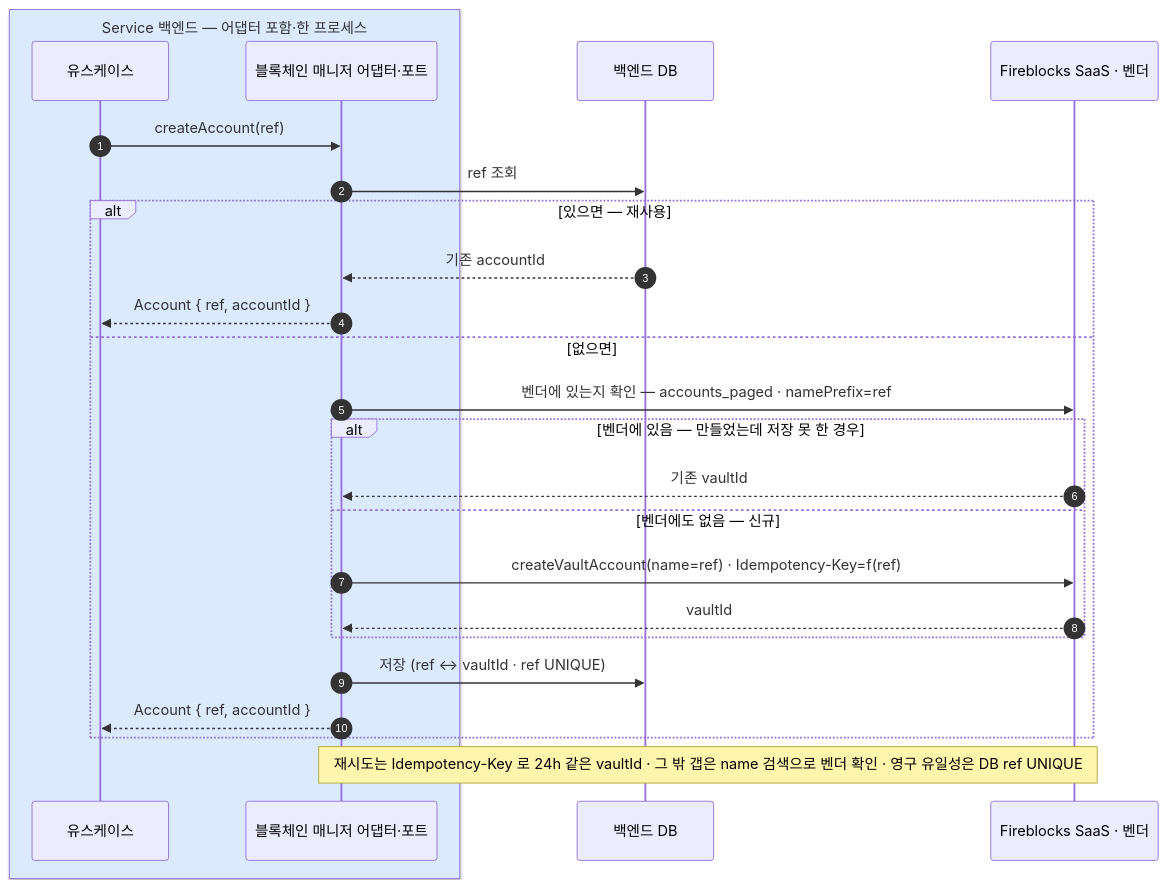
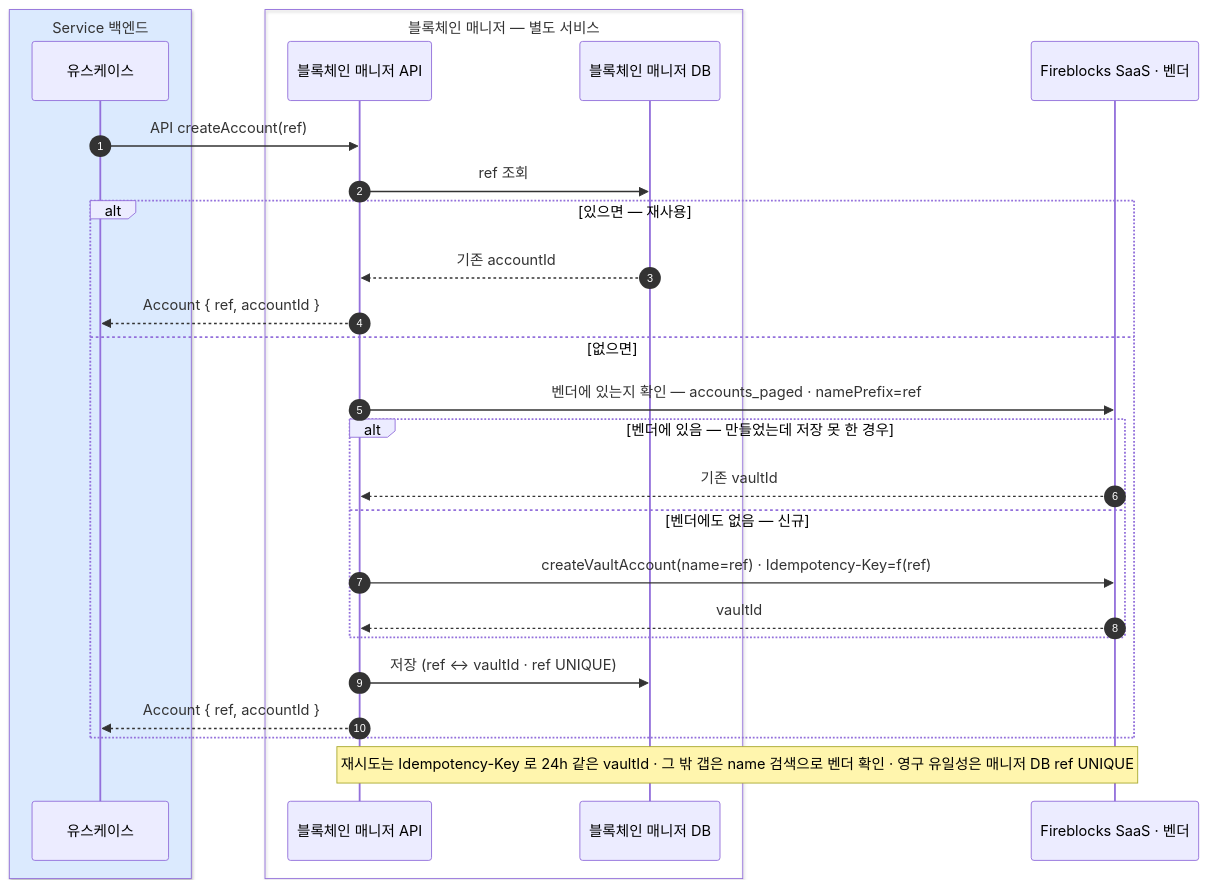
One commit to eunsujeo/eunpus changed the diagram in blockchain-manager/docs/설계/01-create-account.md. Above: the diagram before and after it, drawn with Mermaid. The commit also changed other lines of this file and 10 other files, not shown here.

First line of the commit message:
칸반 문서: 아키텍처 경계 전면 전환 — 포트/어댑터 → 매니저 API + 웹소켓

````diff
--- a/blockchain-manager/docs/설계/01-create-account.md
+++ b/blockchain-manager/docs/설계/01-create-account.md
@@ -21,28 +21,30 @@
 ```mermaid
 sequenceDiagram
     autonumber
-    box rgb(219,234,254) Service 백엔드 — 어댑터 포함·한 프로세스
+    box rgb(219,234,254) Service 백엔드
     participant BE as 유스케이스
-    participant FBI as 블록체인 매니저 어댑터·포트
     end
-    participant BDB as 백엔드 DB
+    box 블록체인 매니저 — 별도 서비스
+    participant BM as 블록체인 매니저 API
+    participant MDB as 블록체인 매니저 DB
+    end
     participant FB as Fireblocks SaaS · 벤더
 
-    BE->>FBI: createAccount(ref)
-    FBI->>BDB: ref 조회
+    BE->>BM: API createAccount(ref)
+    BM->>MDB: ref 조회
     alt 있으면 — 재사용
-        BDB-->>FBI: 기존 accountId
-        FBI-->>BE: Account { ref, accountId }
+        MDB-->>BM: 기존 accountId
+        BM-->>BE: Account { ref, accountId }
     else 없으면
-        FBI->>FB: 벤더에 있는지 확인 — accounts_paged · namePrefix=ref
+        BM->>FB: 벤더에 있는지 확인 — accounts_paged · namePrefix=ref
         alt 벤더에 있음 — 만들었는데 저장 못 한 경우
-            FB-->>FBI: 기존 vaultId
+            FB-->>BM: 기존 vaultId
         else 벤더에도 없음 — 신규
-            FBI->>FB: createVaultAccount(name=ref) · Idempotency-Key=f(ref)
-            FB-->>FBI: vaultId
+            BM->>FB: createVaultAccount(name=ref) · Idempotency-Key=f(ref)
+            FB-->>BM: vaultId
         end
-        FBI->>BDB: 저장 (ref ↔ vaultId · ref UNIQUE)
-        FBI-->>BE: Account { ref, accountId }
+        BM->>MDB: 저장 (ref ↔ vaultId · ref UNIQUE)
+        BM-->>BE: Account { ref, accountId }
     end
-    Note over FBI,FB: 재시도는 Idempotency-Key 로 24h 같은 vaultId · 그 밖 갭은 name 검색으로 벤더 확인 · 영구 유일성은 DB ref UNIQUE
+    Note over BM,FB: 재시도는 Idempotency-Key 로 24h 같은 vaultId · 그 밖 갭은 name 검색으로 벤더 확인 · 영구 유일성은 매니저 DB ref UNIQUE
 ```
````
